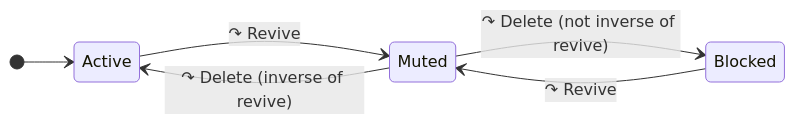
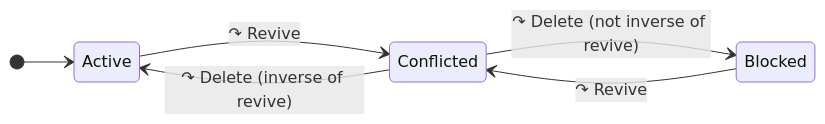
The second of 2 diagrams in packages/dds/tree/docs/sequence-field/README.md (microsoft/FluidFramework), drawn with Mermaid before and after one commit. The commit also changed other lines of this file and 16 other files, not shown here.

````diff
--- a/packages/dds/tree/docs/sequence-field/README.md
+++ b/packages/dds/tree/docs/sequence-field/README.md
@@ -51,9 +51,9 @@
 ```mermaid
 stateDiagram-v2
     direction LR
     [*] --> Active
-    Active --> Muted: ↷ Revive
-    Muted --> Active: ↷ Delete (inverse of revive)
-    Muted --> Blocked: ↷ Delete (not inverse of revive)
-    Blocked --> Muted: ↷ Revive
+    Active --> Conflicted: ↷ Revive
+    Conflicted --> Active: ↷ Delete (inverse of revive)
+    Conflicted --> Blocked: ↷ Delete (not inverse of revive)
+    Blocked --> Conflicted: ↷ Revive
 ```
````
